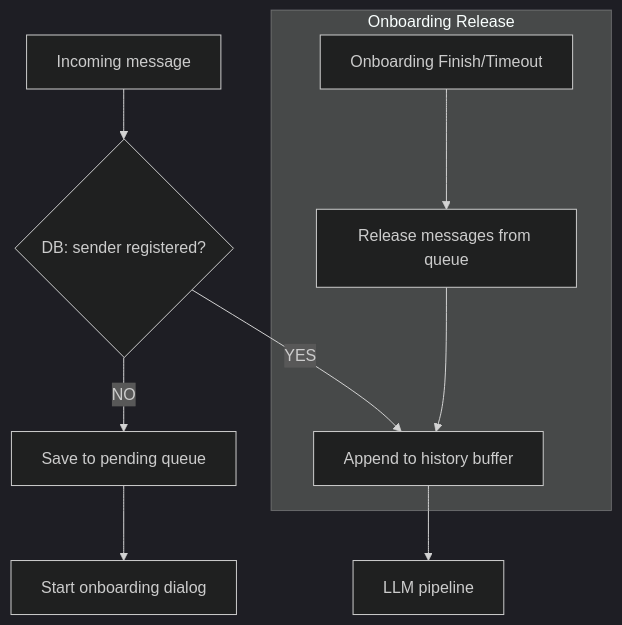
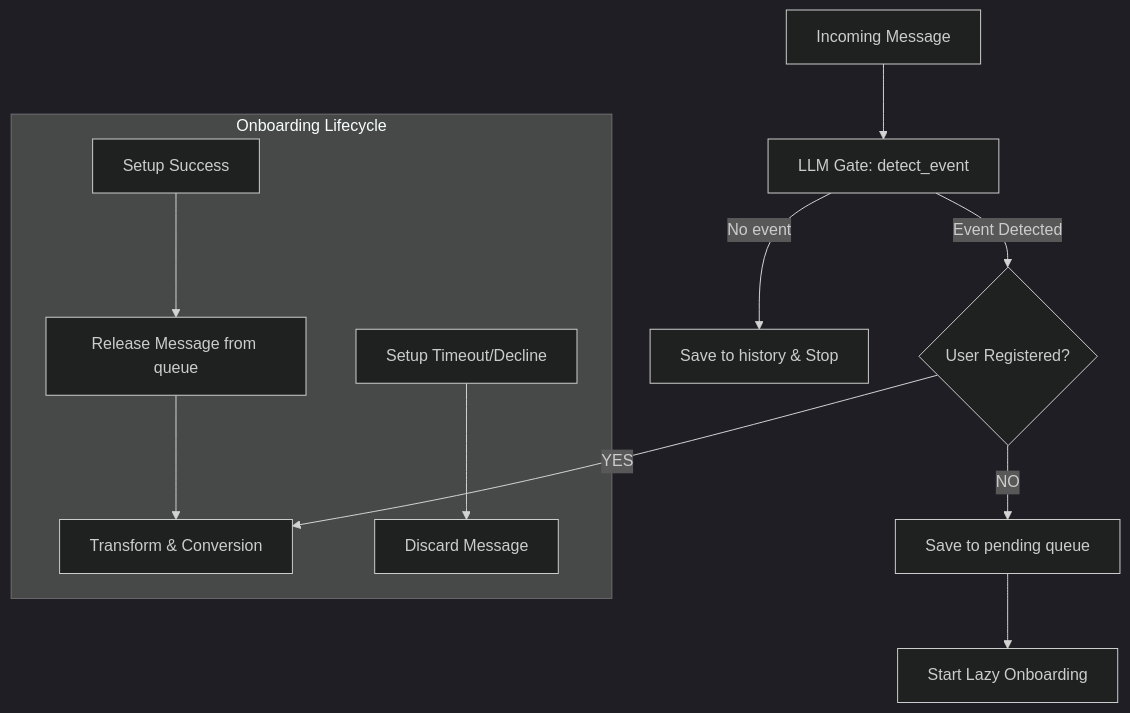
The diagram in journal/14_llm_module.md (antlbn/Timezone_bot), drawn with Mermaid (dark theme) before and after one commit. The commit also changed other lines of this file and 6 other files, not shown here.

Commit message:
feat: refactor LLM module to use JSON mode for direct orchestration, implement lazy onboarding, and update response format to vertical.

````diff
--- a/journal/14_llm_module.md
+++ b/journal/14_llm_module.md
@@ -106,13 +102,15 @@
 ```mermaid
 graph TD
-    A[Incoming message] --> B{DB: sender registered?}
-    B -- NO --> C[Save to pending queue]
-    C --> D[Start onboarding dialog]
-    B -- YES --> E[Append to history buffer]
-    E --> F[LLM pipeline]
+    A[Incoming Message] --> B[LLM Gate: detect_event]
+    B -- No event --> C[Save to history & Stop]
+    B -- Event Detected --> D{User Registered?}
+    D -- NO --> E[Save to pending queue]
+    E --> F[Start Lazy Onboarding]
+    D -- YES --> G[Transform & Conversion]
     
-    subgraph Onboarding Release
-    G[Onboarding Finish/Timeout] --> H[Release messages from queue]
-    H --> E
+    subgraph Onboarding Lifecycle
+    H[Setup Success] --> I[Release Message from queue]
+    I --> G
+    J[Setup Timeout/Decline] --> K[Discard Message]
     end
 ```
````
